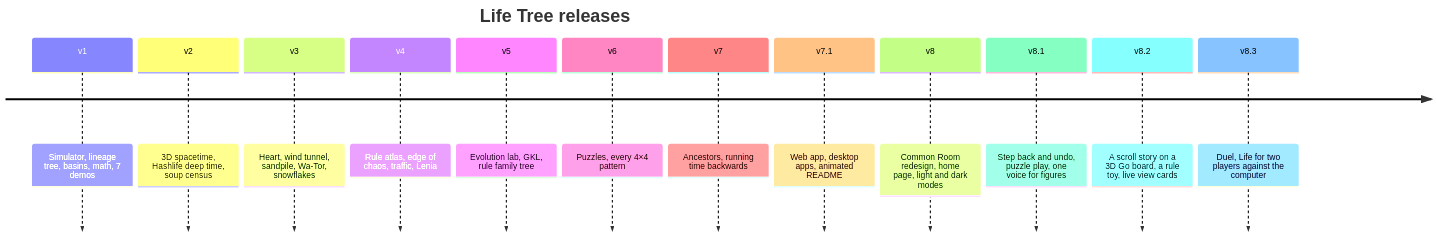
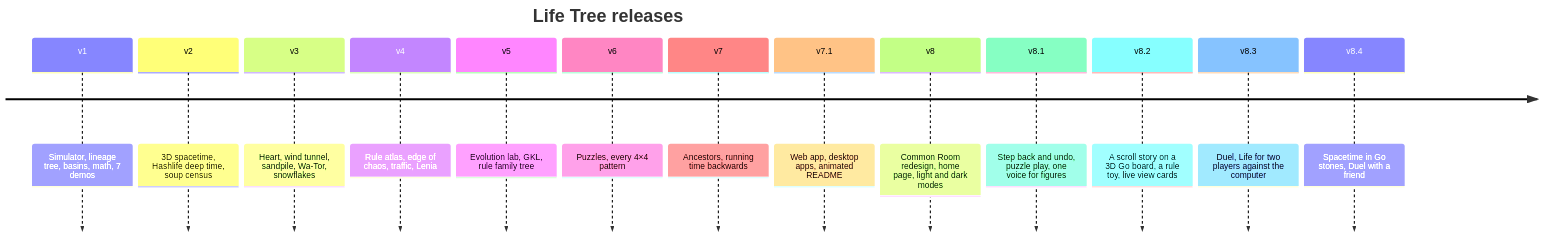
Before and after one commit to Normansrule/game-of-life: the second of 4 diagrams in README.md, drawn with Mermaid. The commit also changed other lines of this file and 11 other files, not shown here.

First line of the commit message:
8.4.0: Spacetime in Go stones, Duel against a friend

````diff
--- a/README.md
+++ b/README.md
@@ -78,16 +78,17 @@
 ```mermaid
 timeline
   title Life Tree releases
   v1 : Simulator, lineage tree, basins, math, 7 demos
   v2 : 3D spacetime, Hashlife deep time, soup census
   v3 : Heart, wind tunnel, sandpile, Wa-Tor, snowflakes
   v4 : Rule atlas, edge of chaos, traffic, Lenia
   v5 : Evolution lab, GKL, rule family tree
   v6 : Puzzles, every 4×4 pattern
   v7 : Ancestors, running time backwards
   v7.1 : Web app, desktop apps, animated README
   v8 : Common Room redesign, home page, light and dark modes
   v8.1 : Step back and undo, puzzle play, one voice for figures
   v8.2 : A scroll story on a 3D Go board, a rule toy, live view cards
   v8.3 : Duel, Life for two players against the computer
+  v8.4 : Spacetime in Go stones, Duel with a friend
 ```
````
